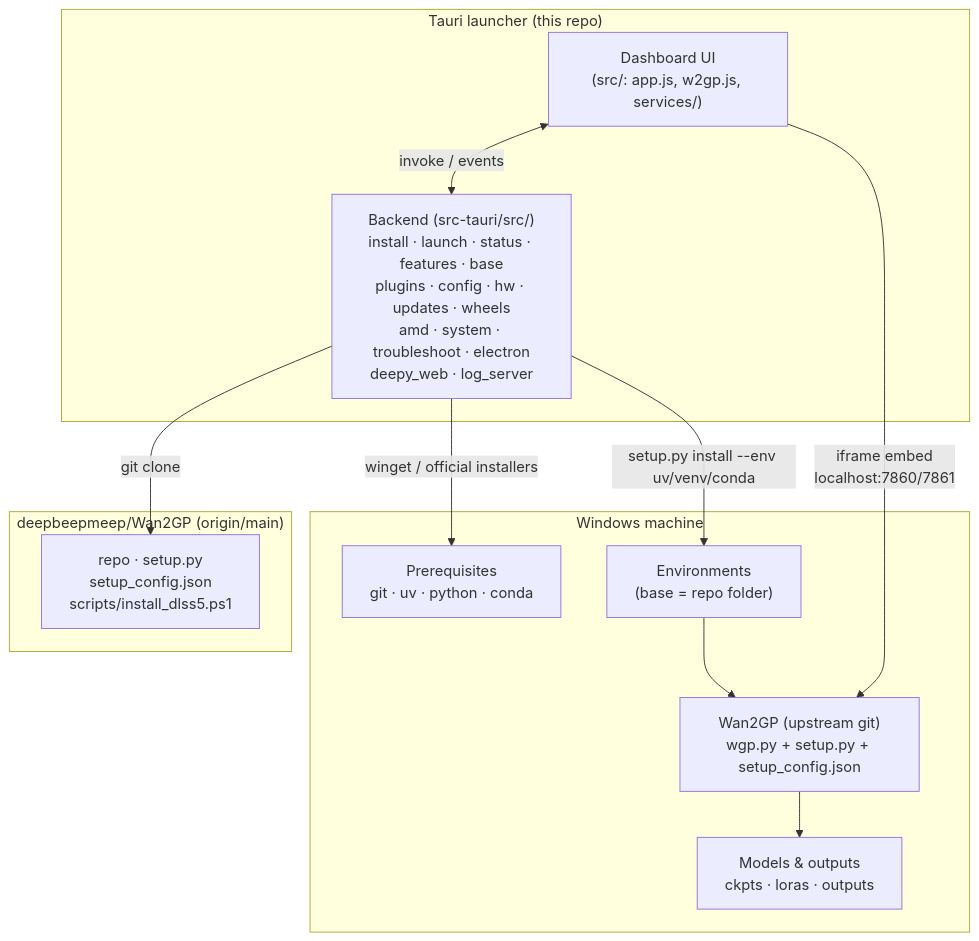
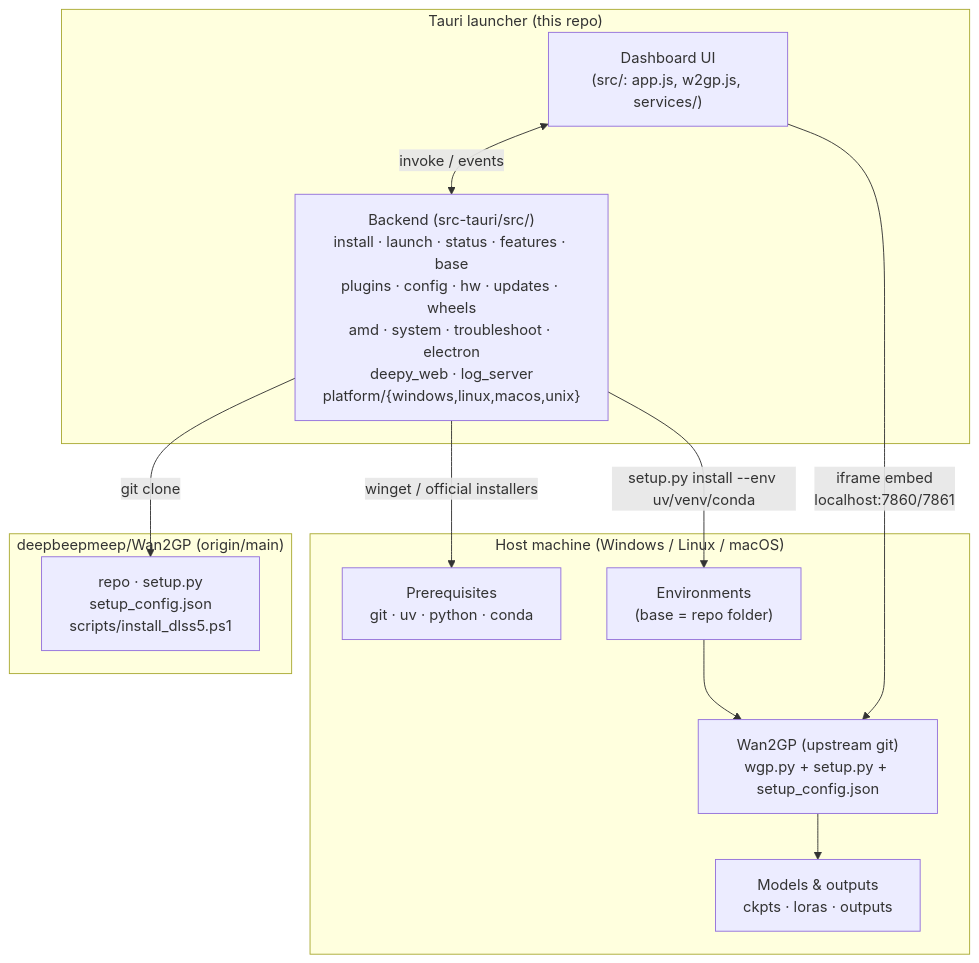
The first of 5 diagrams in docs/OVERVIEW.md (GKartist75/Wan2GP-Desktop-Tauri), drawn with Mermaid before and after one commit. The commit also changed other lines of this file and 4 other files, not shown here.

````diff
--- a/docs/OVERVIEW.md
+++ b/docs/OVERVIEW.md
@@ -9,23 +9,23 @@
 ```mermaid
 flowchart TB
     subgraph Launcher["Tauri launcher (this repo)"]
         UI["Dashboard UI\n(src/: app.js, w2gp.js, services/)"]
-        BE["Backend (src-tauri/src/)\ninstall · launch · status · features · base\nplugins · config · hw · updates · wheels\namd · system · troubleshoot · electron\ndeepy_web · log_server"]
+        BE["Backend (src-tauri/src/)\ninstall · launch · status · features · base\nplugins · config · hw · updates · wheels\namd · system · troubleshoot · electron\ndeepy_web · log_server\nplatform/{windows,linux,macos,unix}"]
         UI <-->|invoke / events| BE
     end
-    subgraph Machine["Windows machine"]
+    subgraph Machine["Host machine (Windows / Linux / macOS)"]
         PREREQ["Prerequisites\ngit · uv · python · conda"]
         ENV["Environments\n(base = repo folder)"]
         WAN2GP["Wan2GP (upstream git)\nwgp.py + setup.py + setup_config.json"]
         MODELS["Models & outputs\nckpts · loras · outputs"]
     end
     subgraph Upstream["deepbeepmeep/Wan2GP (origin/main)"]
         UPSTREAM_REPO["repo · setup.py\nsetup_config.json\nscripts/install_dlss5.ps1"]
     end
     BE -->|winget / official installers| PREREQ
     BE -->|git clone| UPSTREAM_REPO
     BE -->|setup.py install --env uv/venv/conda| ENV
     ENV --> WAN2GP
     WAN2GP --> MODELS
     UI -->|iframe embed\nlocalhost:7860/7861| WAN2GP
 ```
````
